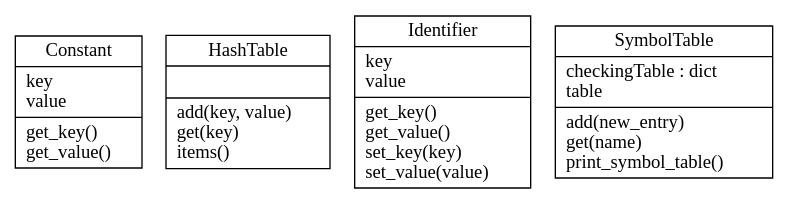
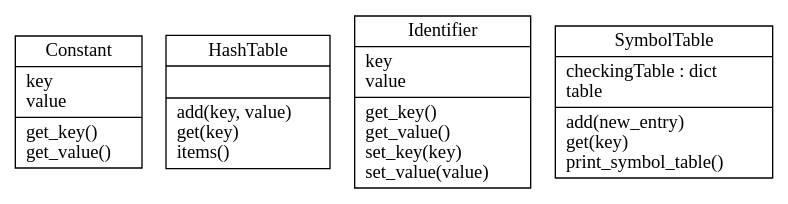
The diagram in Lab2/classes.dot (adrian-popa/flcd), drawn with Graphviz before and after one commit. The commit also changed 4 other files, not shown here.

Commit message:
Renamed some occurrences of 'name' to 'key'

```diff
--- a/Lab2/classes.dot
+++ b/Lab2/classes.dot
@@ -1,8 +1,8 @@
 digraph "classes" {
 charset="utf-8"
 rankdir=BT
 "0" [label="{Constant|key\lvalue\l|get_key()\lget_value()\l}", shape="record"];
 "1" [label="{HashTable|\l|add(key, value)\lget(key)\litems()\l}", shape="record"];
 "2" [label="{Identifier|key\lvalue\l|get_key()\lget_value()\lset_key(key)\lset_value(value)\l}", shape="record"];
-"3" [label="{SymbolTable|checkingTable : dict\ltable\l|add(new_entry)\lget(name)\lprint_symbol_table()\l}", shape="record"];
+"3" [label="{SymbolTable|checkingTable : dict\ltable\l|add(new_entry)\lget(key)\lprint_symbol_table()\l}", shape="record"];
 }
```
